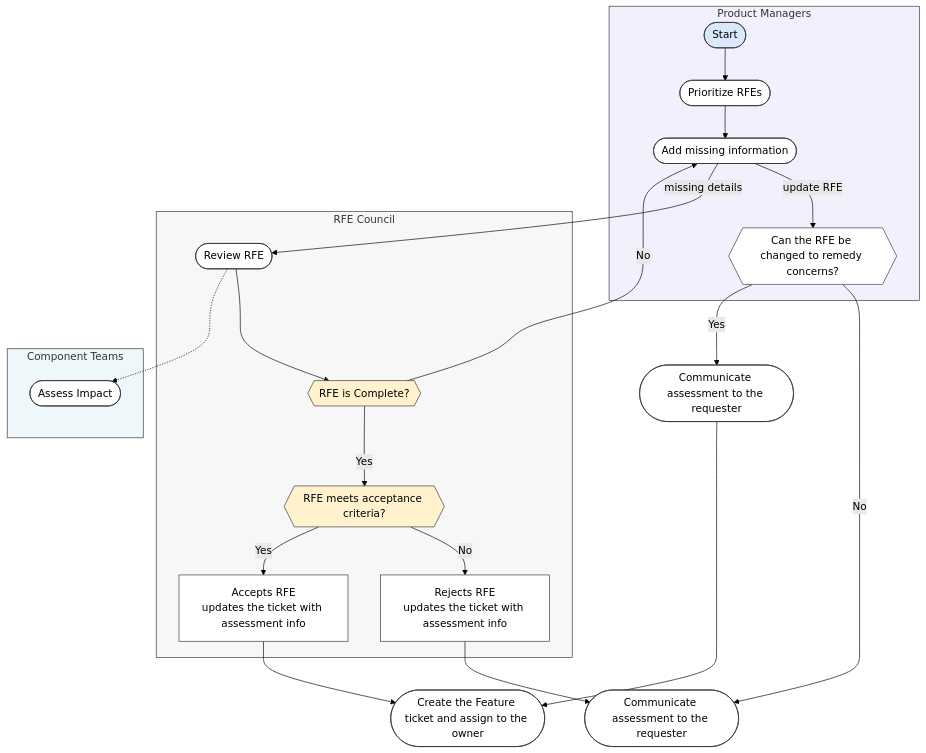
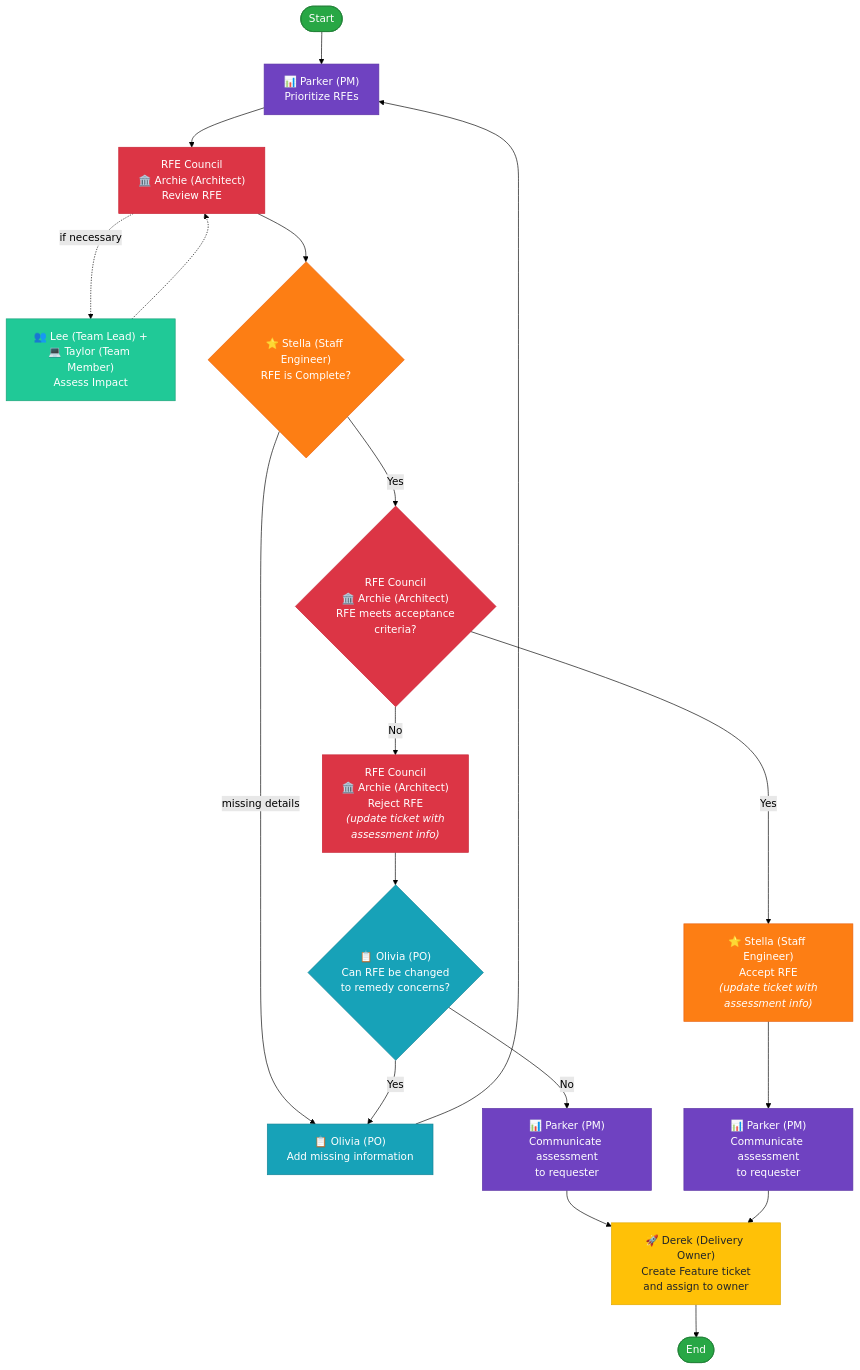
One commit to sbekkerm/vTeam changed the diagram in diagrams/rfe-council-workflow-2025-08-mermaid.mmd. Above: the diagram before and after it, drawn with Mermaid (forest theme).

Commit message:
Update RFE Council workflow with specific agent assignments
- Added emoji-coded agent assignments for each workflow step
- Integrated specific vTeam agents (Parker, Archie, Stella, Olivia, Lee, Taylor, Derek)
- Enhanced visual clarity with role-based color coding
- Improved workflow accuracy with agent-specific responsibilities

🤖 Generated with [Claude Code](https://claude.ai/code)

```diff
--- a/diagrams/rfe-council-workflow-2025-08-mermaid.mmd
+++ b/diagrams/rfe-council-workflow-2025-08-mermaid.mmd
@@ -1,53 +1,43 @@
-flowchart TB
-    %% Product Managers lane
-    subgraph PM[Product Managers]
-    style PM fill:#f2f0fc,stroke:#333,stroke-width:1px
-        PM1([Start])
-        PM2([Prioritize RFEs])
-        PM3([Add missing information])
-        PM4{{Can the RFE be changed to remedy concerns?}}
-    end
-
-    %% RFE Council lane
-    subgraph RFC[RFE Council]
-    style RFC fill:#f7f7f7,stroke:#333,stroke-width:1px
-        RFC1([Review RFE])
-        RFC2{{RFE is Complete?}}
-        RFC3{{RFE meets acceptance criteria?}}
-        RFC4["Rejects RFE\nupdates the ticket with assessment info"]
-        RFC5["Accepts RFE\nupdates the ticket with assessment info"]
-    end
-
-    %% Component Teams lane
-    subgraph CT[Component Teams]
-    style CT fill:#eef7fa,stroke:#333,stroke-width:1px
-        CT1([Assess Impact])
-    end
-
-    %% Flow connections
-    PM1 --> PM2 --> PM3
-    PM3 -->|update RFE| PM4
-    PM3 -->|missing details| RFC1
-    RFC1 --> RFC2
-    RFC2 -->|No| PM3
-    RFC2 -->|Yes| RFC3
-    RFC3 -->|No| RFC4
-    RFC3 -->|Yes| RFC5
-
-    %% Dashed connector
-    RFC1 -.-> CT1
-
-    %% Post decision flows
-    PM4 -->|No| L([Communicate assessment to the requester])
-    PM4 -->|Yes| M([Communicate assessment to the requester]) --> N([Create the Feature ticket and assign to the owner])
-    RFC4 --> L
-    RFC5 --> N
-
-    %% Styles
-    classDef start fill:#d9e8fb,stroke:#333,stroke-width:1px;
-    classDef process fill:#ffffff,stroke:#333,stroke-width:1px;
-    classDef decision fill:#fff2cc,stroke:#333,stroke-width:1px;
-
-    class PM1 start;
-    class PM2,PM3,PM4,RFC1,RFC4,RFC5,L,M,N,CT1 process;
-    class RFC2,RFC3 decision;
+flowchart TD
+    Start([Start]) --> PrioritizeRFE["📊 Parker (PM)<br/>Prioritize RFEs"]
+    
+    PrioritizeRFE --> ReviewRFE["RFE Council<br/>🏛️ Archie (Architect)<br/>Review RFE"]
+    ReviewRFE -.->|if necessary| AssessImpact["👥 Lee (Team Lead) +<br/>💻 Taylor (Team Member)<br/>Assess Impact"]
+    AssessImpact -.-> ReviewRFE
+    
+    ReviewRFE --> RFEComplete{"⭐ Stella (Staff Engineer)<br/>RFE is Complete?"}
+    RFEComplete -->|missing details| AddInfo["📋 Olivia (PO)<br/>Add missing information"]
+    AddInfo --> PrioritizeRFE
+    
+    RFEComplete -->|Yes| RFEMeets{"RFE Council<br/>🏛️ Archie (Architect)<br/>RFE meets acceptance<br/>criteria?"}
+    
+    RFEMeets -->|Yes| AcceptRFE["⭐ Stella (Staff Engineer)<br/>Accept RFE<br/><i>(update ticket with<br/>assessment info)</i>"]
+    RFEMeets -->|No| RejectRFE["RFE Council<br/>🏛️ Archie (Architect)<br/>Reject RFE<br/><i>(update ticket with<br/>assessment info)</i>"]
+    
+    RejectRFE --> CanChange{"📋 Olivia (PO)<br/>Can RFE be changed<br/>to remedy concerns?"}
+    CanChange -->|Yes| AddInfo
+    CanChange -->|No| CommReject["📊 Parker (PM)<br/>Communicate assessment<br/>to requester"]
+    
+    AcceptRFE --> CommAccept["📊 Parker (PM)<br/>Communicate assessment<br/>to requester"]
+    
+    CommReject --> CreateTicket["🚀 Derek (Delivery Owner)<br/>Create Feature ticket<br/>and assign to owner"]
+    CommAccept --> CreateTicket
+    
+    CreateTicket --> End([End])
+    
+    %% Agent role-based styling
+    classDef startEnd fill:#28a745,stroke:#1e7e34,color:#fff
+    classDef productManager fill:#6f42c1,stroke:#5a32a3,color:#fff
+    classDef productOwner fill:#17a2b8,stroke:#138496,color:#fff
+    classDef architect fill:#dc3545,stroke:#c82333,color:#fff
+    classDef staffEngineer fill:#fd7e14,stroke:#e8610e,color:#fff
+    classDef teamLead fill:#20c997,stroke:#1aa179,color:#fff
+    classDef deliveryOwner fill:#ffc107,stroke:#e0a800,color:#212529
+    
+    class Start,End startEnd
+    class PrioritizeRFE,CommReject,CommAccept productManager
+    class AddInfo,CanChange productOwner
+    class ReviewRFE,RFEMeets,RejectRFE architect
+    class RFEComplete,AcceptRFE staffEngineer
+    class AssessImpact teamLead
+    class CreateTicket deliveryOwner
```
